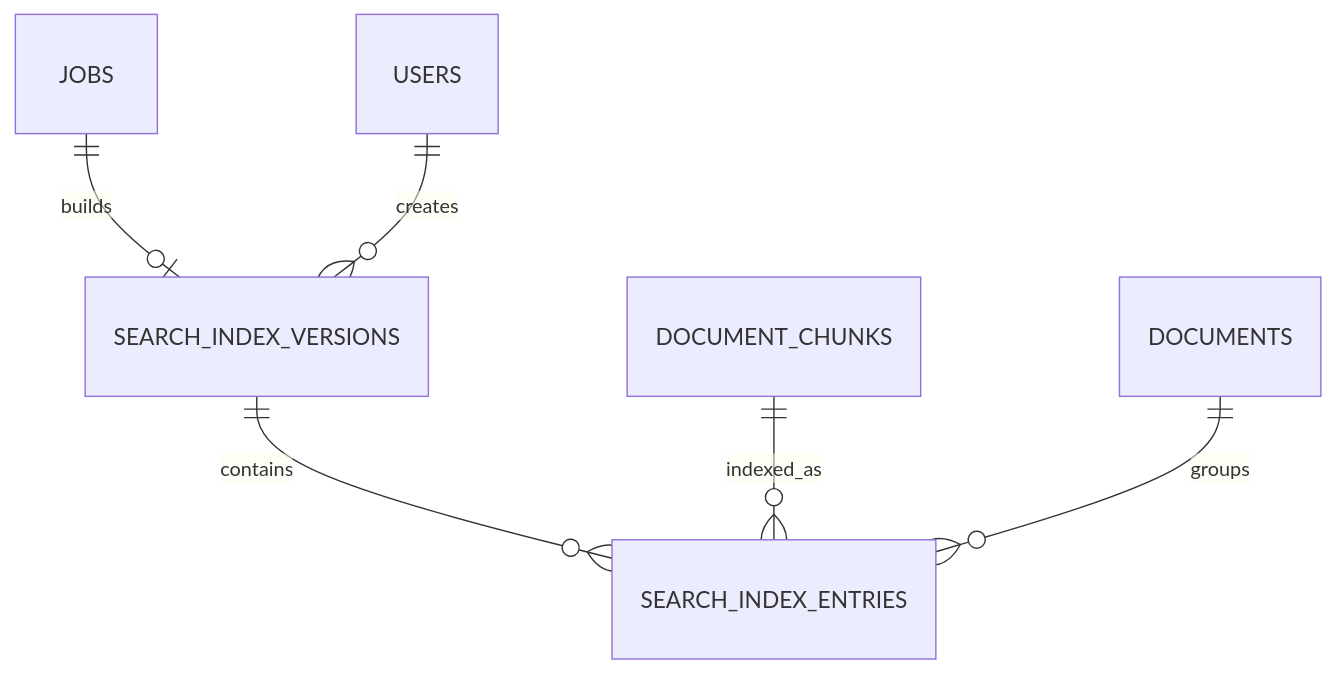
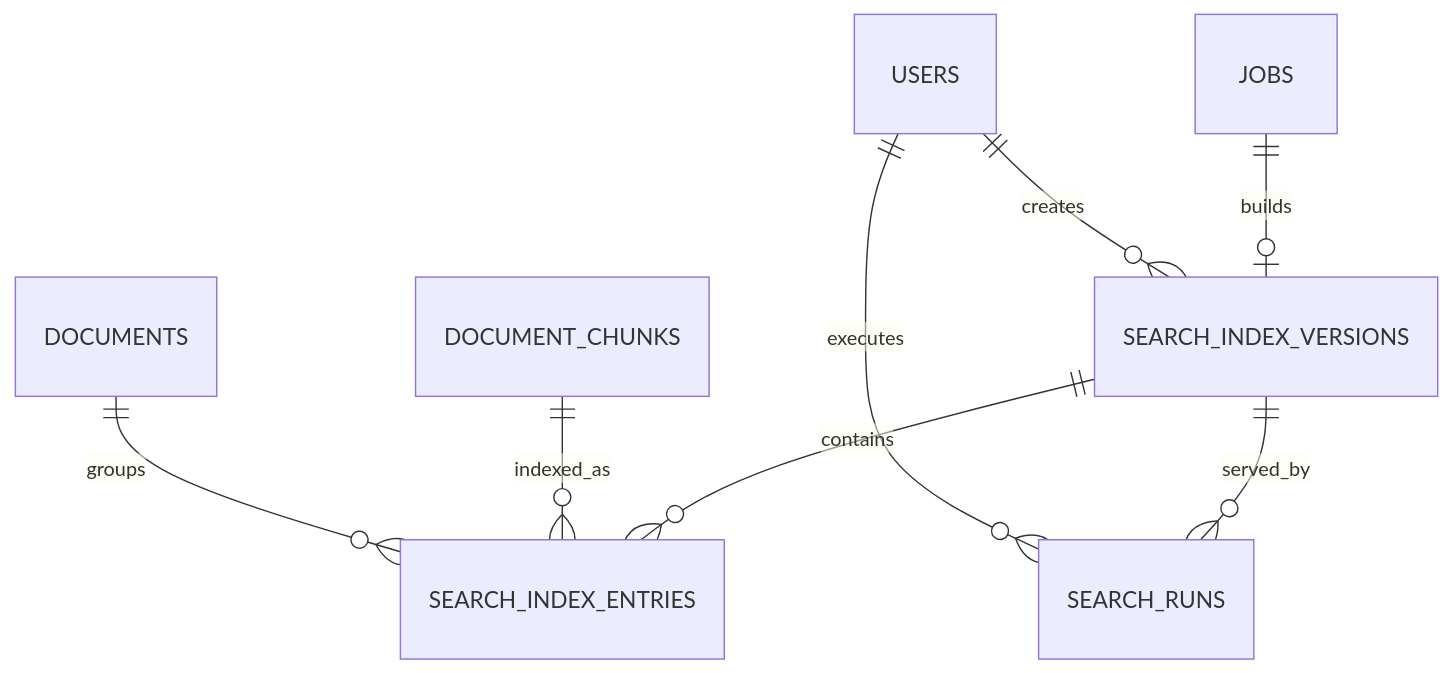
The second of 2 diagrams in docs/erd.md (4iriks/praktika), drawn with Mermaid before and after one commit. The commit also changed other lines of this file and 51 other files, not shown here.

````diff
--- a/docs/erd.md
+++ b/docs/erd.md
@@ -149,8 +149,10 @@
 ```mermaid
 erDiagram
   JOBS ||--o| SEARCH_INDEX_VERSIONS : builds
   USERS ||--o{ SEARCH_INDEX_VERSIONS : creates
   SEARCH_INDEX_VERSIONS ||--o{ SEARCH_INDEX_ENTRIES : contains
+  SEARCH_INDEX_VERSIONS ||--o{ SEARCH_RUNS : served_by
+  USERS ||--o{ SEARCH_RUNS : executes
   DOCUMENT_CHUNKS ||--o{ SEARCH_INDEX_ENTRIES : indexed_as
   DOCUMENTS ||--o{ SEARCH_INDEX_ENTRIES : groups
 ```
````
